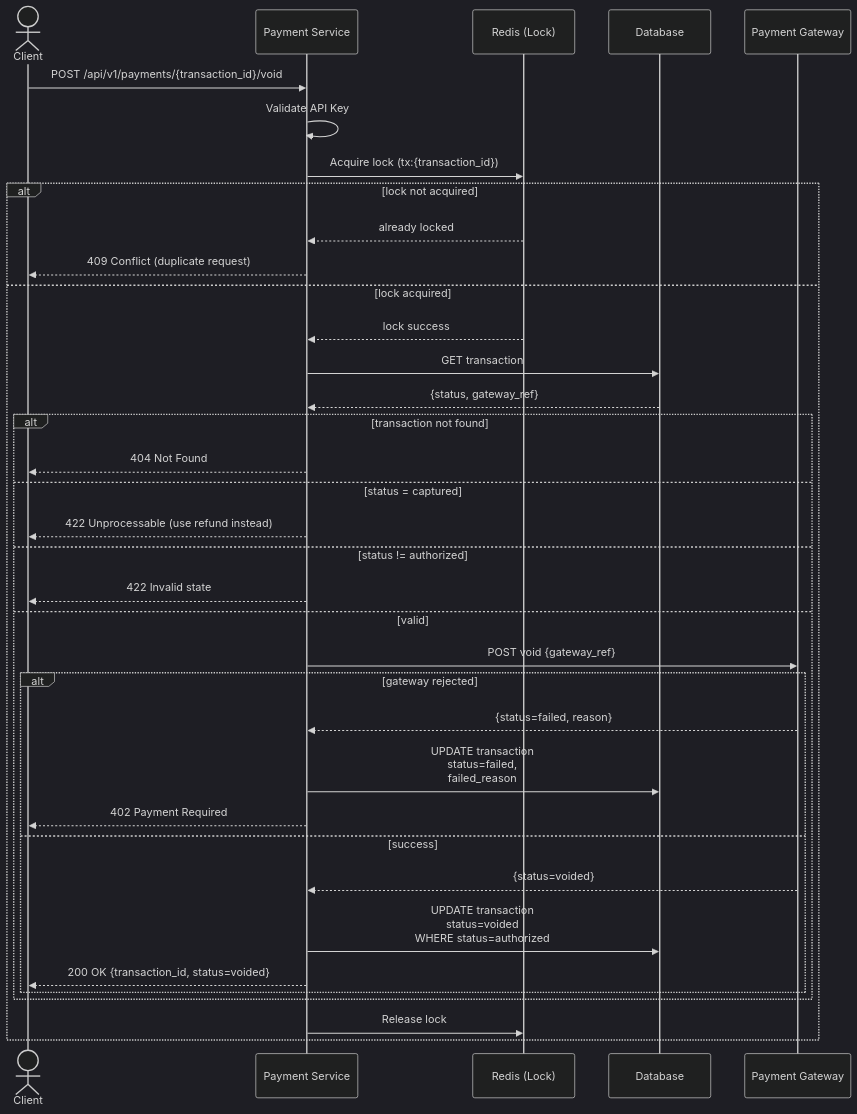
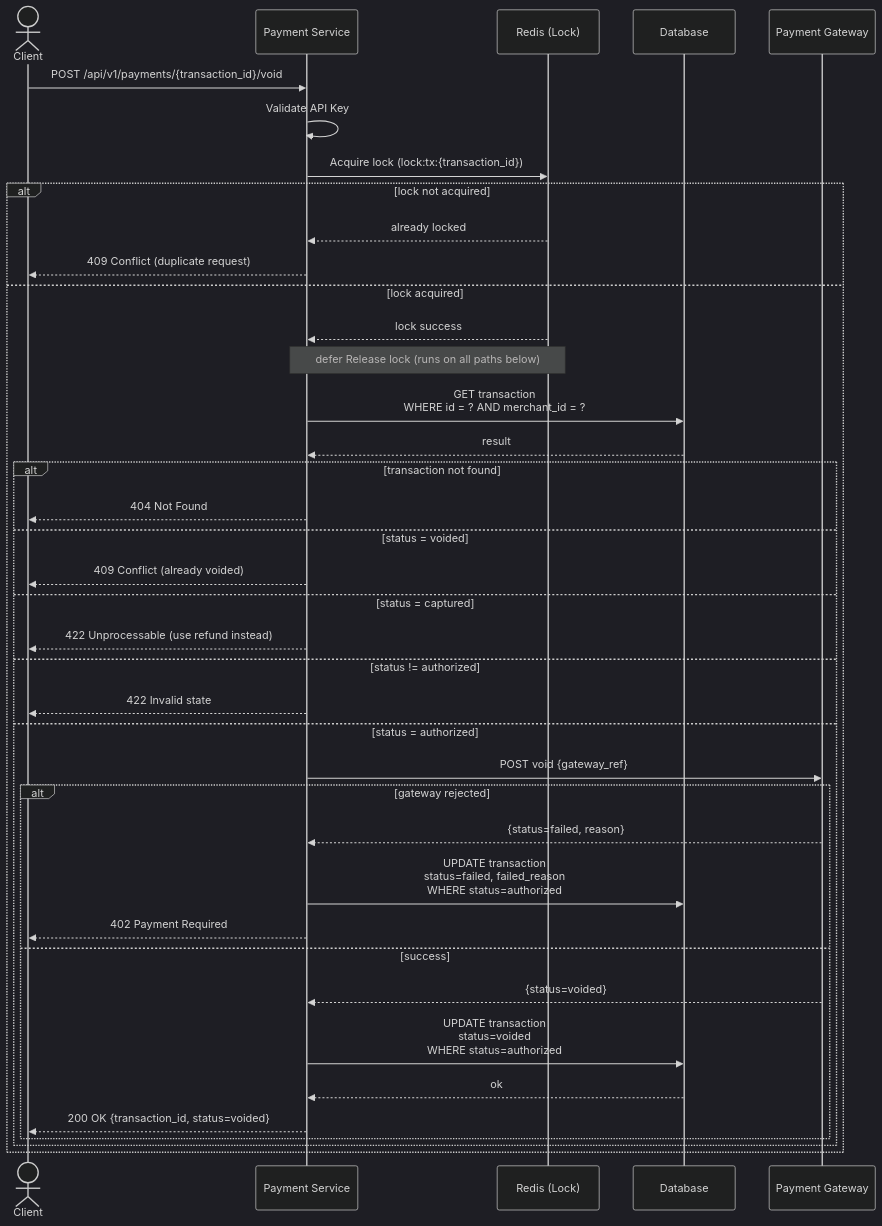
The fifth of 7 diagrams in readme.md (Noppawat3939/card-payment-service), drawn with Mermaid (dark theme) before and after one commit. The commit also changed other lines of this file and 3 other files, not shown here.

````diff
--- a/readme.md
+++ b/readme.md
@@ -501,45 +514,47 @@
 ```mermaid
 sequenceDiagram
     actor C as Client
     participant S as Payment Service
     participant R as Redis (Lock)
     participant DB as Database
     participant GW as Payment Gateway
 
     C->>S: POST /api/v1/payments/{transaction_id}/void
     S->>S: Validate API Key
 
-    S->>R: Acquire lock (tx:{transaction_id})
+    S->>R: Acquire lock (lock:tx:{transaction_id})
 
     alt lock not acquired
         R-->>S: already locked
         S-->>C: 409 Conflict (duplicate request)
     else lock acquired
         R-->>S: lock success
+        Note over S,R: defer Release lock (runs on all paths below)
 
-        S->>DB: GET transaction
-        DB-->>S: {status, gateway_ref}
+        S->>DB: GET transaction<br/>WHERE id = ? AND merchant_id = ?
+        DB-->>S: result
 
         alt transaction not found
             S-->>C: 404 Not Found
+        else status = voided
+            S-->>C: 409 Conflict (already voided)
         else status = captured
             S-->>C: 422 Unprocessable (use refund instead)
         else status != authorized
             S-->>C: 422 Invalid state
-        else valid
+        else status = authorized
             S->>GW: POST void {gateway_ref}
 
             alt gateway rejected
                 GW-->>S: {status=failed, reason}
-                S->>DB: UPDATE transaction<br/>status=failed,<br/>failed_reason
+                S->>DB: UPDATE transaction<br/>status=failed, failed_reason<br/>WHERE status=authorized
                 S-->>C: 402 Payment Required
             else success
                 GW-->>S: {status=voided}
                 S->>DB: UPDATE transaction<br/>status=voided<br/>WHERE status=authorized
+                DB-->>S: ok
                 S-->>C: 200 OK {transaction_id, status=voided}
             end
         end
-
-        S->>R: Release lock
     end
 ```
````
